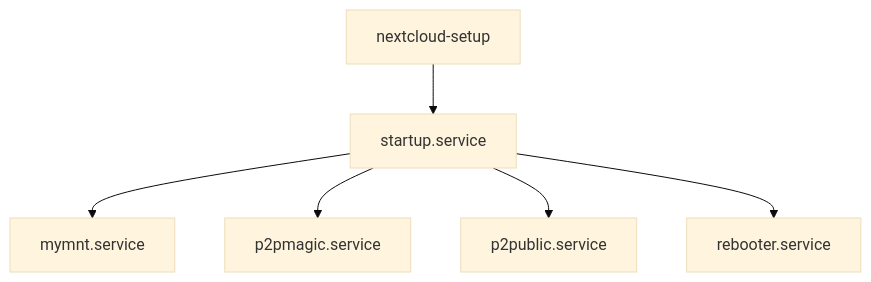
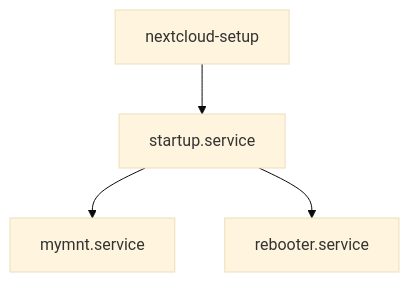
Before and after one commit to simutisernestas/nixtcloud: the diagram in README.md, drawn with Mermaid (base theme). The commit also changed other lines of this file and 4 other files, not shown here.

````diff
--- a/README.md
+++ b/README.md
@@ -175,8 +157,6 @@
 ```mermaid
 graph TD
   A[nextcloud-setup] --> B[startup.service]
   B --> C[mymnt.service]
-  B --> D[p2pmagic.service]
-  B --> E[p2public.service]
   B --> F[rebooter.service]
 ```
````
